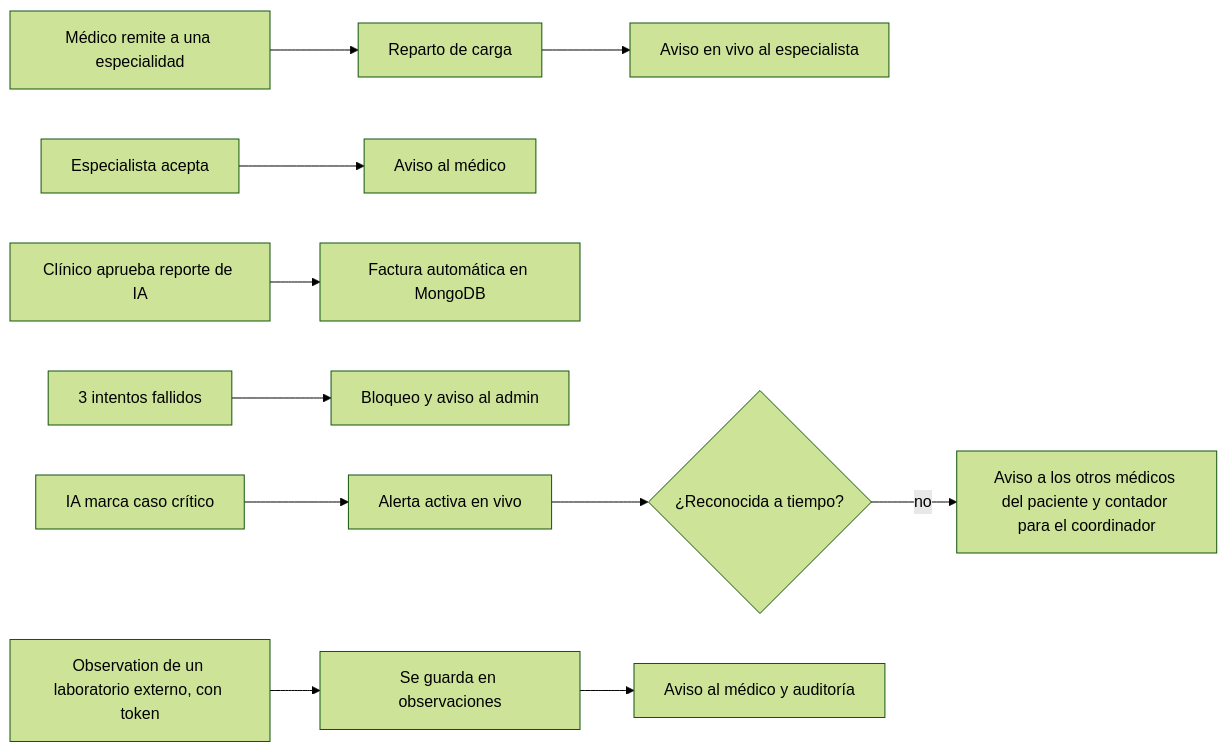
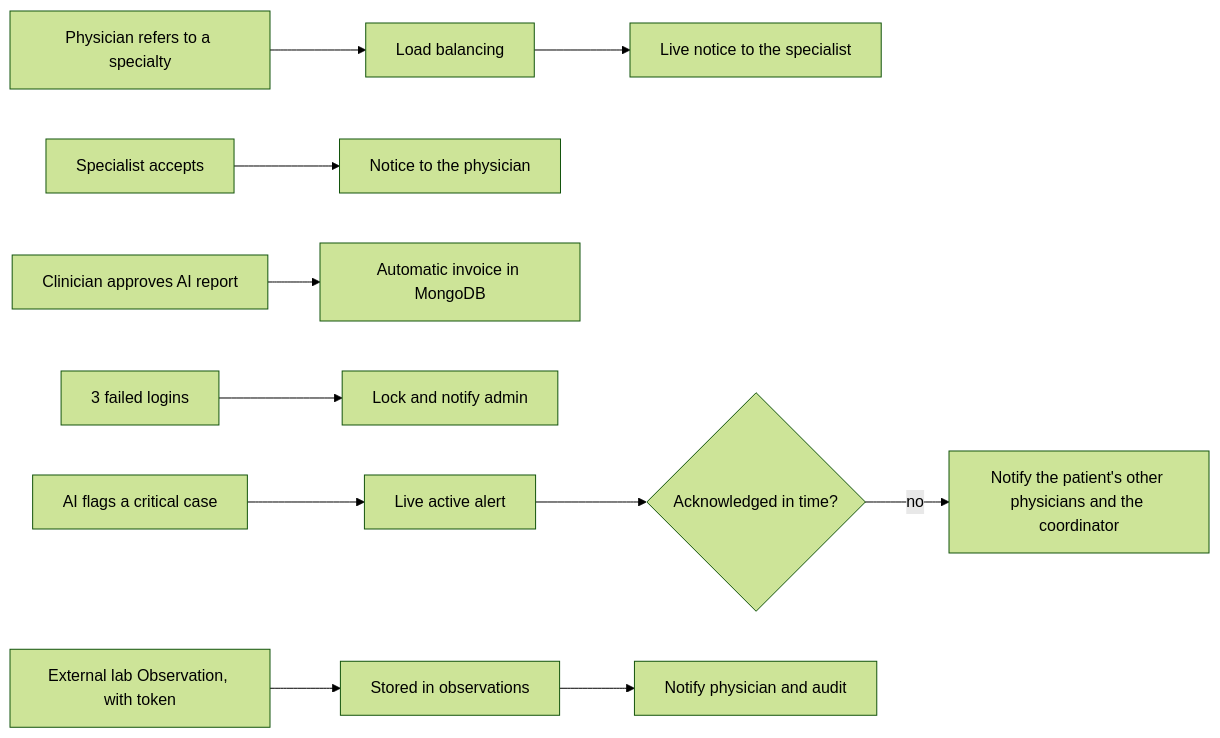
One commit to ShadowBlack33/Salud-digital-hsr changed the second of 2 diagrams in README.md. Above: the diagram before and after it, drawn with Mermaid (forest theme). The commit also changed other lines of this file, not shown here.

Commit message:
docs: README en inglés con el asistente RAG

````diff
--- a/README.md
+++ b/README.md
@@ -69,10 +113,10 @@
 ```mermaid
 flowchart LR
-  R[Médico remite a una especialidad] --> RC[Reparto de carga] --> N1[Aviso en vivo al especialista]
-  A[Especialista acepta] --> N2[Aviso al médico]
-  AP[Clínico aprueba reporte de IA] --> F[Factura automática en MongoDB]
-  B[3 intentos fallidos] --> N3[Bloqueo y aviso al admin]
-  C[IA marca caso crítico] --> AL[Alerta activa en vivo] --> E{¿Reconocida a tiempo?}
-  E -- no --> ES[Aviso a los otros médicos del paciente y contador para el coordinador]
-  O[Observation de un laboratorio externo, con token] --> G[Se guarda en observaciones] --> N4[Aviso al médico y auditoría]
+  R[Physician refers to a specialty] --> RC[Load balancing] --> N1[Live notice to the specialist]
+  A[Specialist accepts] --> N2[Notice to the physician]
+  AP[Clinician approves AI report] --> F[Automatic invoice in MongoDB]
+  B[3 failed logins] --> N3[Lock and notify admin]
+  C[AI flags a critical case] --> AL[Live active alert] --> E{Acknowledged in time?}
+  E -- no --> ES[Notify the patient's other physicians and the coordinator]
+  O[External lab Observation, with token] --> G[Stored in observations] --> N4[Notify physician and audit]
 ```
````
